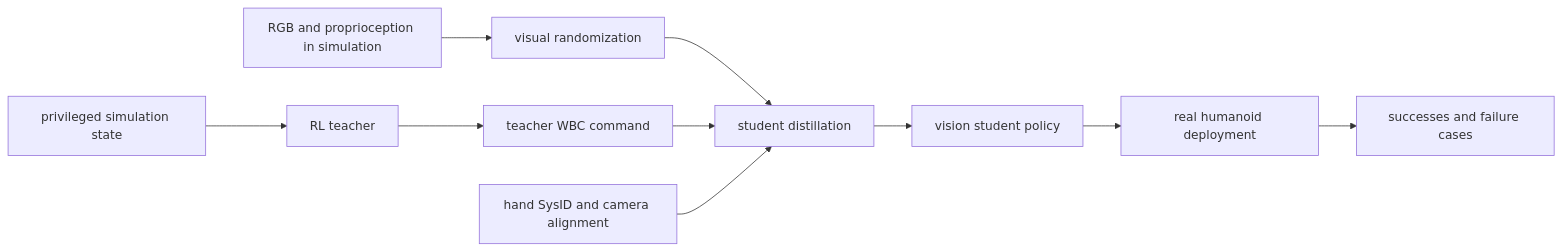
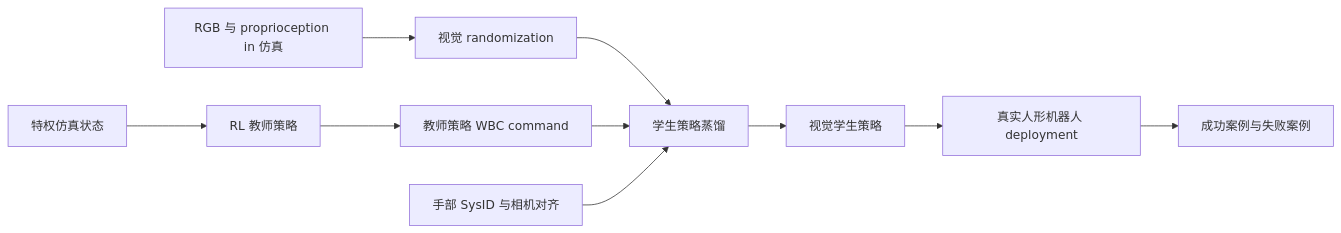
One commit to niuverse/llm-wiki changed the diagram in wiki/concepts/VisualSimToReal.md. Above: the diagram before and after it, drawn with Mermaid. The commit also changed other lines of this file and 123 other files, not shown here.

````diff
--- a/wiki/concepts/VisualSimToReal.md
+++ b/wiki/concepts/VisualSimToReal.md
@@ -75,12 +75,12 @@
 ```mermaid
 flowchart LR
-  A["privileged simulation state"] --> B["RL teacher"]
-  B --> C["teacher WBC command"]
-  D["RGB and proprioception in simulation"] --> E["visual randomization"]
-  E --> F["student distillation"]
+  A["特权仿真状态"] --> B["RL 教师策略"]
+  B --> C["教师策略 WBC command"]
+  D["RGB 与 proprioception in 仿真"] --> E["视觉 randomization"]
+  E --> F["学生策略蒸馏"]
   C --> F
-  G["hand SysID and camera alignment"] --> F
-  F --> H["vision student policy"]
-  H --> I["real humanoid deployment"]
-  I --> J["successes and failure cases"]
+  G["手部 SysID 与相机对齐"] --> F
+  F --> H["视觉学生策略"]
+  H --> I["真实人形机器人 deployment"]
+  I --> J["成功案例与失败案例"]
 ```
````
